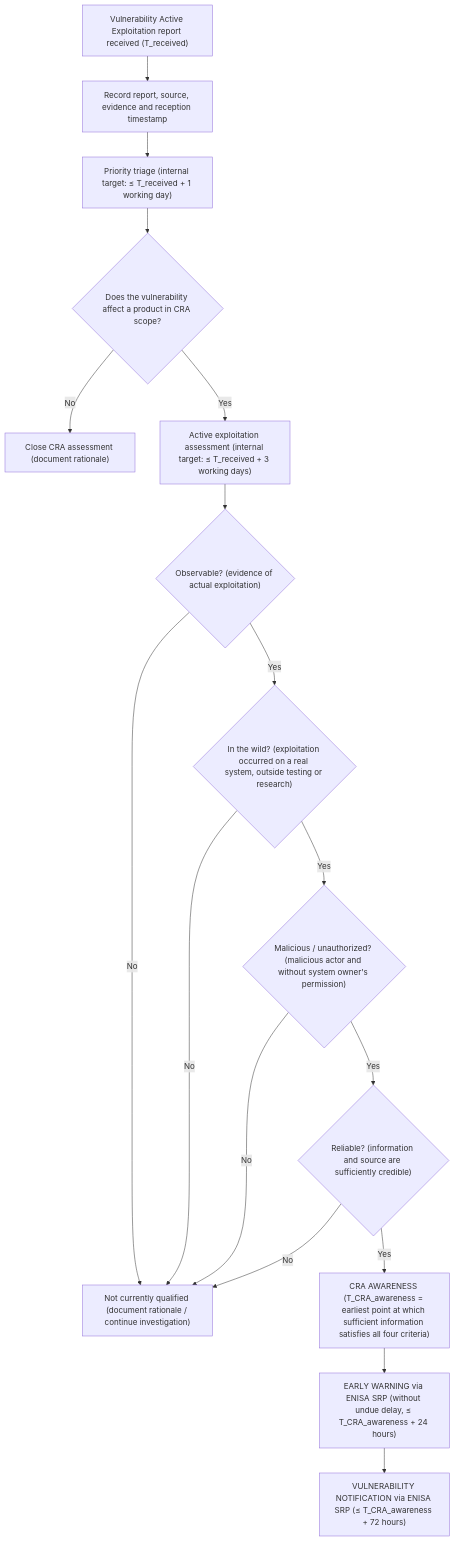
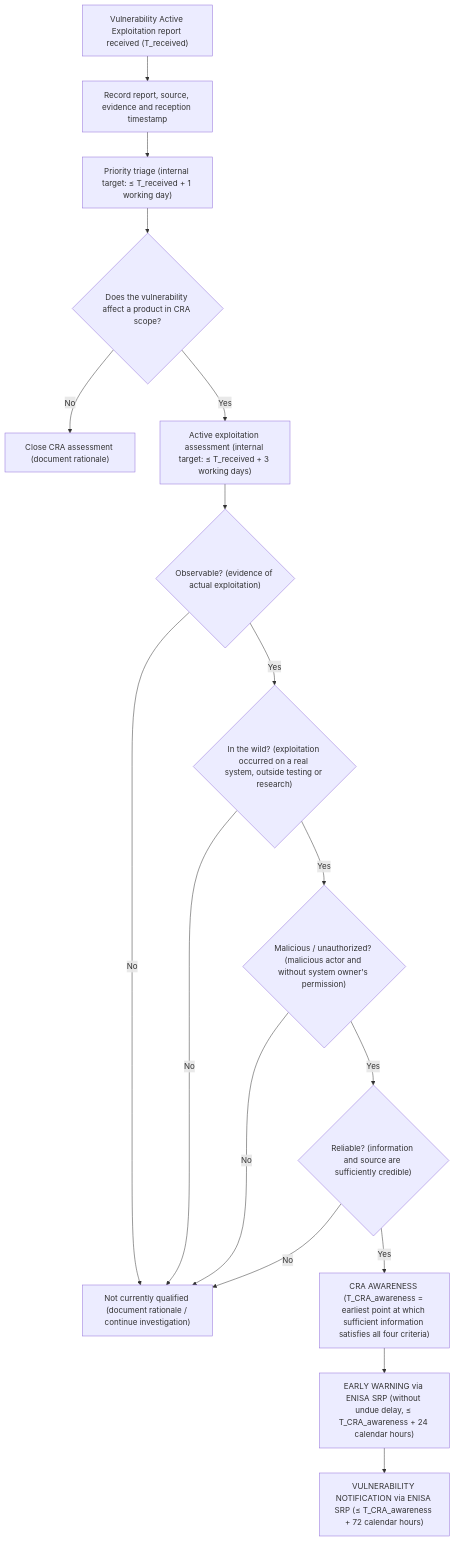
Before and after one commit to rfoucard/cra-fast-track: the diagram in templates/actively-exploited-vulnerability-process.md, drawn with Mermaid. The commit also changed other lines of this file, not shown here.

````diff
--- a/templates/actively-exploited-vulnerability-process.md
+++ b/templates/actively-exploited-vulnerability-process.md
@@ -3,31 +7,31 @@
 ```mermaid
 flowchart TD
 
     A["Vulnerability Active Exploitation report received (T_received)"] --> B["Record report, source, evidence and reception timestamp"]
 
     B --> C["Priority triage (internal target: ≤ T_received + 1 working day)"]
 
     C --> D{"Does the vulnerability affect a product in CRA scope?"}
 
     D -- "No" --> X["Close CRA assessment (document rationale)"]
 
     D -- "Yes" --> E["Active exploitation assessment (internal target: ≤ T_received + 3 working days)"]
 
     E --> F{"Observable? (evidence of actual exploitation)"}
 
     F -- "No" --> Y["Not currently qualified (document rationale / continue investigation)"]
     F -- "Yes" --> G{"In the wild? (exploitation occurred on a real system, outside testing or research)"}
 
     G -- "No" --> Y
     G -- "Yes" --> H{"Malicious / unauthorized? (malicious actor and without system owner's permission)"}
 
     H -- "No" --> Y
     H -- "Yes" --> I{"Reliable? (information and source are sufficiently credible)"}
 
     I -- "No" --> Y
     I -- "Yes" --> L["CRA AWARENESS (T_CRA_awareness = earliest point at which sufficient information satisfies all four criteria)"]
 
-    L --> M["EARLY WARNING via ENISA SRP (without undue delay, ≤ T_CRA_awareness + 24 hours)"]
+    L --> M["EARLY WARNING via ENISA SRP (without undue delay, ≤ T_CRA_awareness + 24 calendar hours)"]
 
-    M --> N["VULNERABILITY NOTIFICATION via ENISA SRP (≤ T_CRA_awareness + 72 hours)"]
+    M --> N["VULNERABILITY NOTIFICATION via ENISA SRP (≤ T_CRA_awareness + 72 calendar hours)"]
 ```
````
